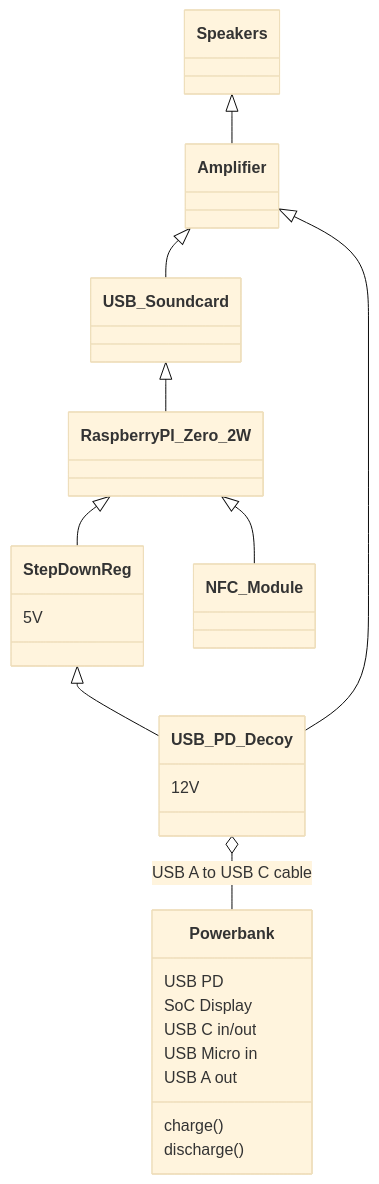
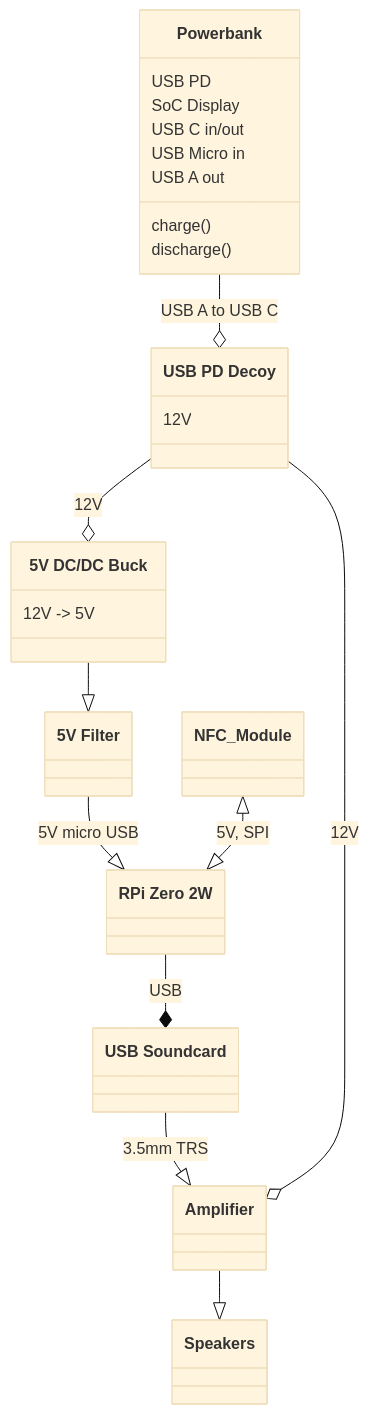
Before and after one commit to washed/drempelbox: the first of 2 diagrams in README.md, drawn with Mermaid (base theme). The commit also changed other lines of this file, not shown here.

Commit message:
more diagrams

````diff
--- a/README.md
+++ b/README.md
@@ -68,36 +68,40 @@
 ```mermaid
 classDiagram
-    USB_PD_Decoy o-- Powerbank : USB A to USB C cable
-    StepDownReg <|-- USB_PD_Decoy
-    Amplifier  <|-- USB_PD_Decoy
-    RaspberryPI_Zero_2W <|-- StepDownReg
+    direction BT
+    USB_PD_Decoy o-- Powerbank : USB A to USB C
+    StepDownReg o-- USB_PD_Decoy : 12V
+    5VFilter <|-- StepDownReg
+    RPi <|-- 5VFilter : 5V micro USB
+    RPi <|--|> NFC_Module : 5V, SPI
+    USB_Soundcard *-- RPi : USB
+    Amplifier <|-- USB_Soundcard : 3.5mm TRS
+    Amplifier  o-- USB_PD_Decoy : 12V
     Speakers <|-- Amplifier
-    USB_Soundcard <|-- RaspberryPI_Zero_2W
-    Amplifier <|-- USB_Soundcard
-     RaspberryPI_Zero_2W <|-- NFC_Module
+
     class NFC_Module {
     }
-    class RaspberryPI_Zero_2W {
+    class RPi["RPi Zero 2W"] {
     }
-    class USB_Soundcard {
+    class USB_Soundcard["USB Soundcard"] {
     }
     class Powerbank{
         USB PD
         SoC Display
         USB C in/out
         USB Micro in
         USB A out
         charge()
         discharge()
     }
-    class USB_PD_Decoy{
+    class USB_PD_Decoy["USB PD Decoy"]{
         12V
     }
-    class StepDownReg{
-        5V
+    class StepDownReg["5V DC/DC Buck"]{
+        12V -> 5V
     }
+    class 5VFilter["5V Filter"]
     class Amplifier{
     }
     class Speakers{
     }
 ```
````
